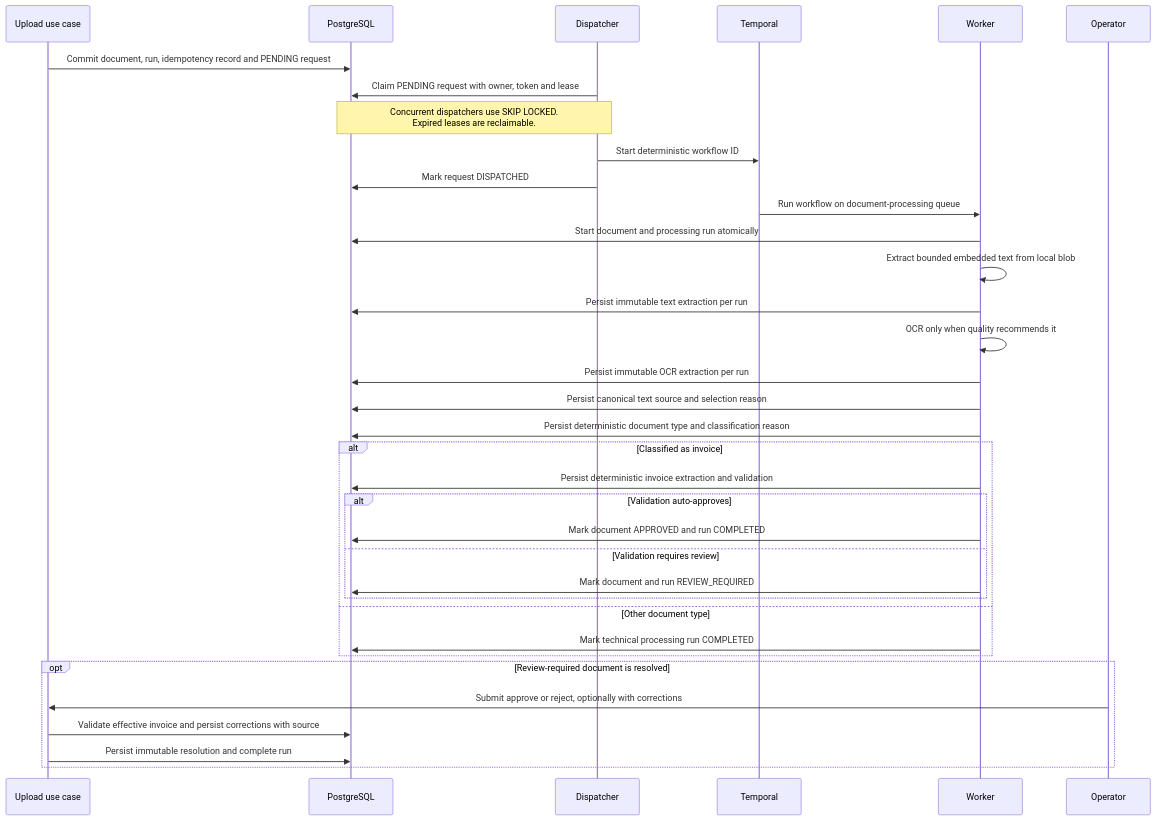
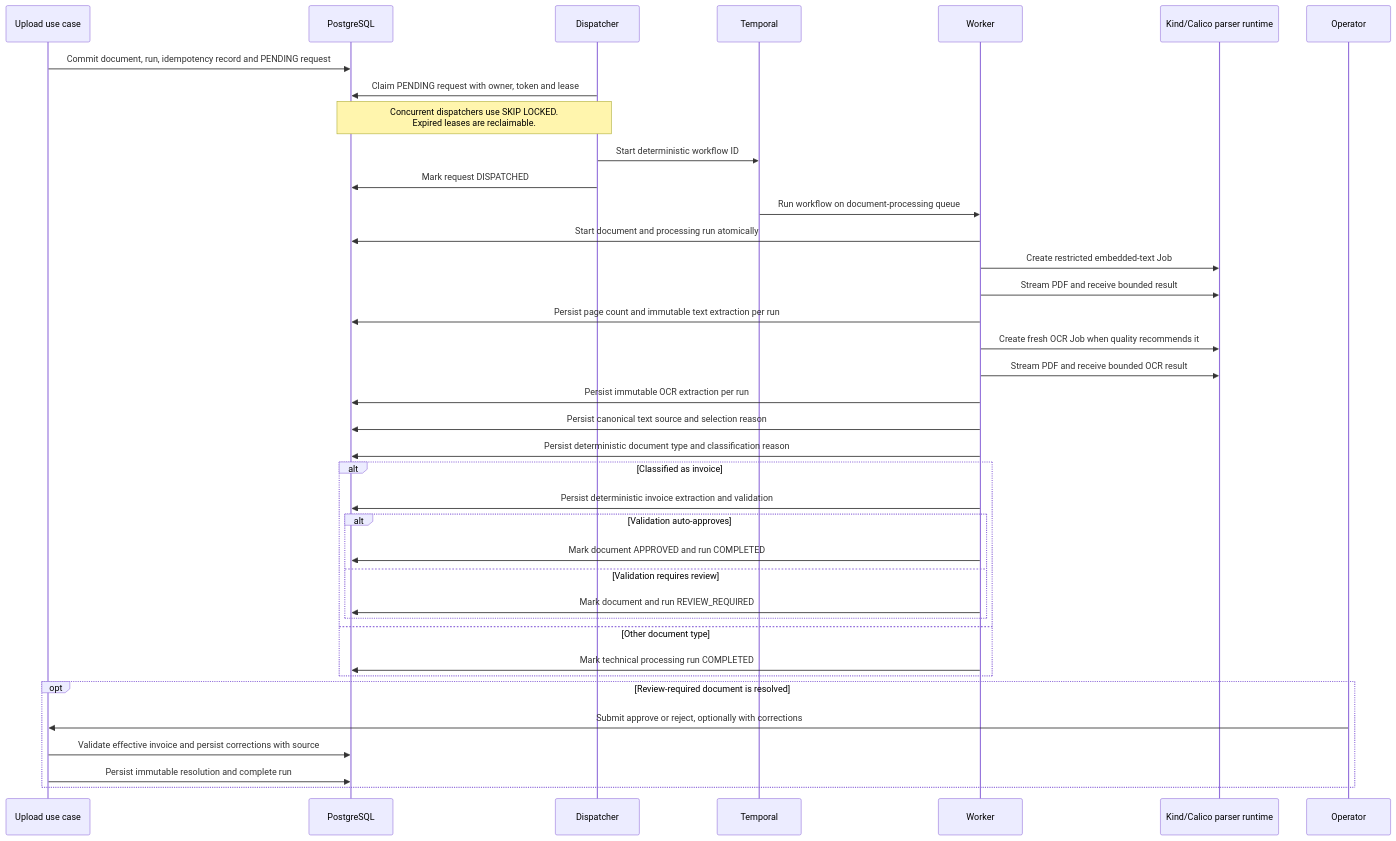
Before and after one commit to PietroRussoD/ai-document-processing-platform: the fourth of 16 diagrams in docs/architecture.md, drawn with Mermaid. The commit also changed other lines of this file, not shown here.

Commit message:
📝 Document isolated parser architecture

````diff
--- a/docs/architecture.md
+++ b/docs/architecture.md
@@ -138,38 +143,41 @@
 ```mermaid
 sequenceDiagram
     participant API as Upload use case
     participant DB as PostgreSQL
     participant Dispatcher
     participant Temporal
     participant Worker
+    participant Runtime as Kind/Calico parser runtime
     participant Operator
 
     API->>DB: Commit document, run, idempotency record and PENDING request
     Dispatcher->>DB: Claim PENDING request with owner, token and lease
     Note over Dispatcher,DB: Concurrent dispatchers use SKIP LOCKED.<br/>Expired leases are reclaimable.
     Dispatcher->>Temporal: Start deterministic workflow ID
     Dispatcher->>DB: Mark request DISPATCHED
     Temporal->>Worker: Run workflow on document-processing queue
     Worker->>DB: Start document and processing run atomically
-    Worker->>Worker: Extract bounded embedded text from local blob
-    Worker->>DB: Persist immutable text extraction per run
-    Worker->>Worker: OCR only when quality recommends it
+    Worker->>Runtime: Create restricted embedded-text Job
+    Worker->>Runtime: Stream PDF and receive bounded result
+    Worker->>DB: Persist page count and immutable text extraction per run
+    Worker->>Runtime: Create fresh OCR Job when quality recommends it
+    Worker->>Runtime: Stream PDF and receive bounded OCR result
     Worker->>DB: Persist immutable OCR extraction per run
     Worker->>DB: Persist canonical text source and selection reason
     Worker->>DB: Persist deterministic document type and classification reason
     alt Classified as invoice
         Worker->>DB: Persist deterministic invoice extraction and validation
         alt Validation auto-approves
             Worker->>DB: Mark document APPROVED and run COMPLETED
         else Validation requires review
             Worker->>DB: Mark document and run REVIEW_REQUIRED
         end
     else Other document type
         Worker->>DB: Mark technical processing run COMPLETED
     end
     opt Review-required document is resolved
         Operator->>API: Submit approve or reject, optionally with corrections
         API->>DB: Validate effective invoice and persist corrections with source
         API->>DB: Persist immutable resolution and complete run
     end
 ```
````
